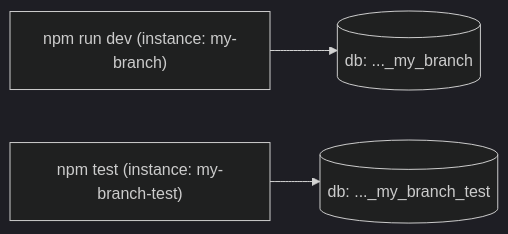
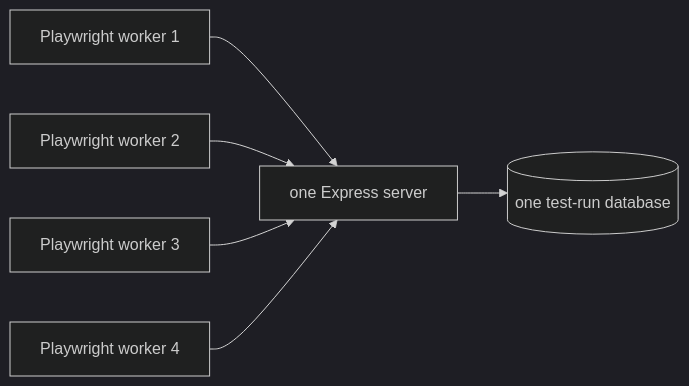
The diagram in docs/TESTING.md (craigloewen-msft/AutoTaskCalendar), drawn with Mermaid (dark theme) before and after one commit. The commit also changed other lines of this file and 20 other files, not shown here.

````diff
--- a/docs/TESTING.md
+++ b/docs/TESTING.md
@@ -78,5 +79,8 @@
 ```mermaid
 flowchart LR
-  A["npm run dev (instance: my-branch)"] --> B[("db: ..._my_branch")]
-  C["npm test (instance: my-branch-test)"] --> D[("db: ..._my_branch_test")]
+  A["Playwright worker 1"] --> E["one Express server"]
+  B["Playwright worker 2"] --> E
+  C["Playwright worker 3"] --> E
+  D["Playwright worker 4"] --> E
+  E --> F[("one test-run database")]
 ```
````
